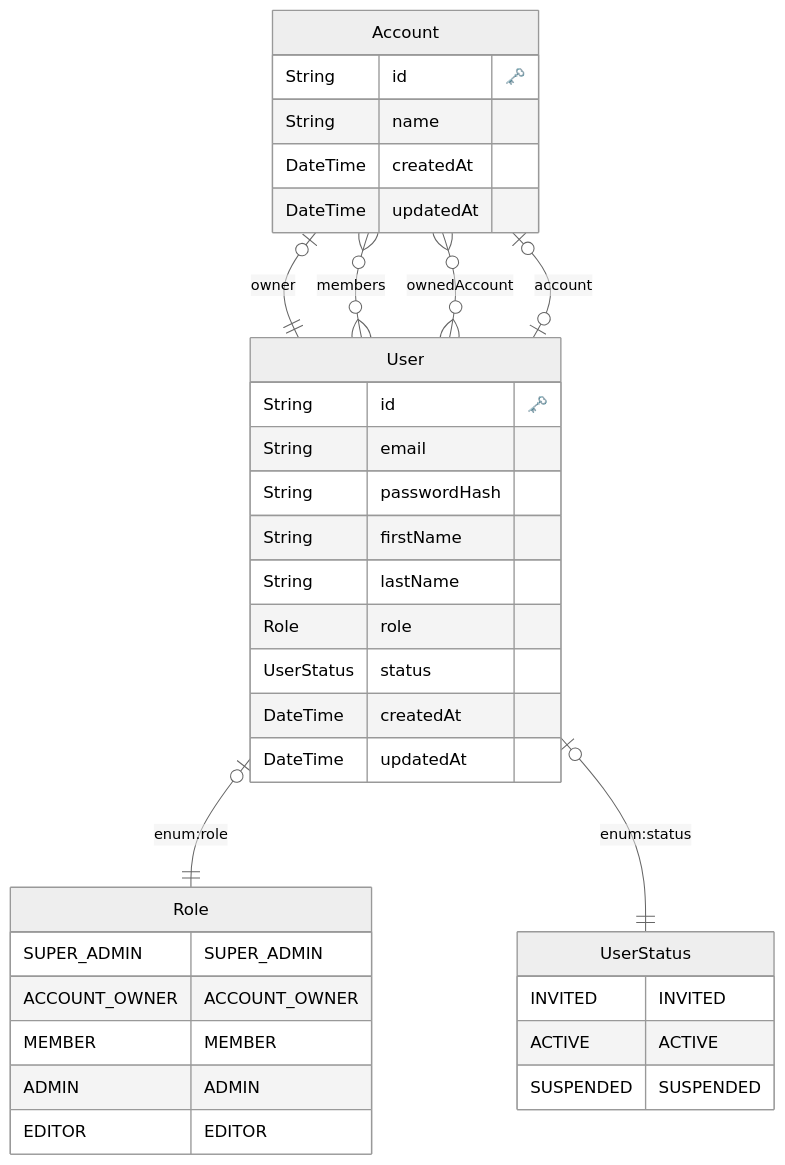
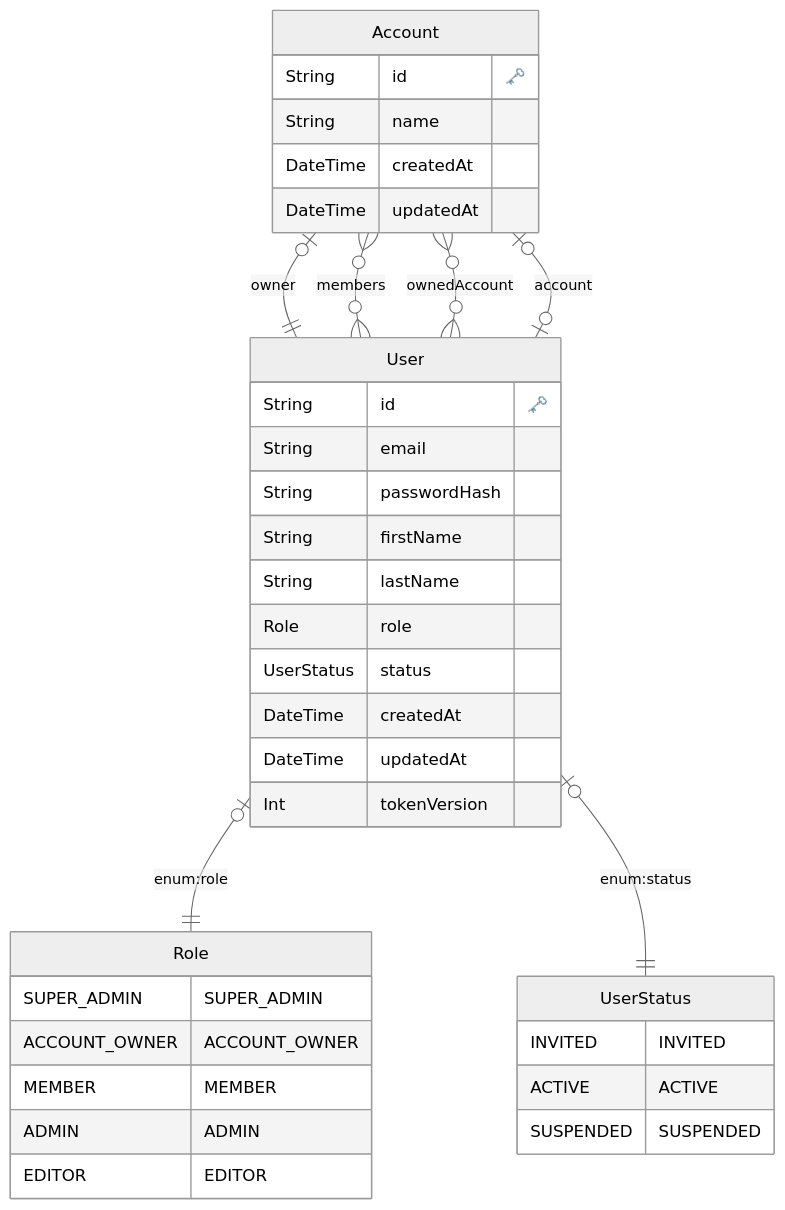
The diagram in prisma/erd/schema.md (uancamilo/asistentelegal), drawn with Mermaid (neutral theme) before and after one commit. The commit also changed 4 other files, not shown here.

Commit message:
feat(auth): implementar logout seguro y revocación de tokens JWT con tokenVersion

````diff
--- a/prisma/erd/schema.md
+++ b/prisma/erd/schema.md
@@ -1,46 +1,47 @@
 ```mermaid
 erDiagram
 
         Role {
             SUPER_ADMIN SUPER_ADMIN
 ACCOUNT_OWNER ACCOUNT_OWNER
 MEMBER MEMBER
 ADMIN ADMIN
 EDITOR EDITOR
         }
     
 
 
         UserStatus {
             INVITED INVITED
 ACTIVE ACTIVE
 SUSPENDED SUSPENDED
         }
     
   "Account" {
     String id "🗝️"
     String name 
     DateTime createdAt 
     DateTime updatedAt 
     }
   
 
   "User" {
     String id "🗝️"
     String email 
     String passwordHash 
     String firstName 
     String lastName 
     Role role 
     UserStatus status 
     DateTime createdAt 
     DateTime updatedAt 
+    Int tokenVersion 
     }
   
     "Account" o|--|| "User" : "owner"
     "Account" o{--}o "User" : "members"
     "User" o|--|| "Role" : "enum:role"
     "User" o|--|| "UserStatus" : "enum:status"
     "User" o{--}o "Account" : "ownedAccount"
     "User" o|--|o "Account" : "account"
 ```
````
